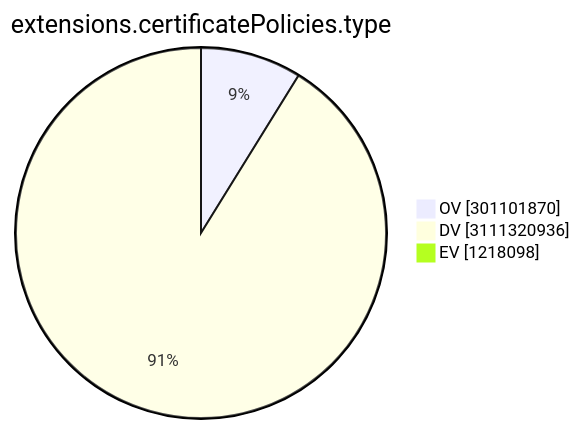
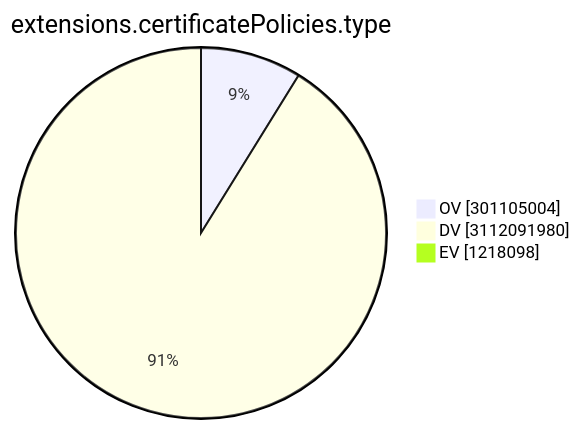
One commit to christiankrug/ctmonitor_visualization changed the ninth of 15 diagrams in TOTAL/README.md. Above: the diagram before and after it, drawn with Mermaid. The commit also changed other lines of this file, not shown here.

````diff
--- a/TOTAL/README.md
+++ b/TOTAL/README.md
@@ -3103,7 +3103,7 @@
 ```mermaid
 pie showData
 title extensions.certificatePolicies.type
-"OV" :301101870
-"DV" :3111320936
+"OV" :301105004
+"DV" :3112091980
 "EV" :1218098
 ```
````
